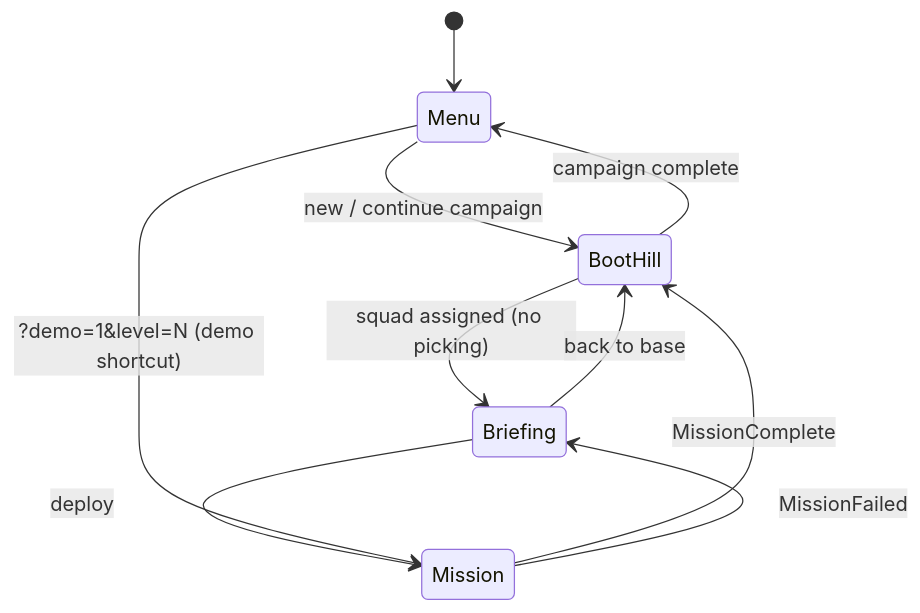
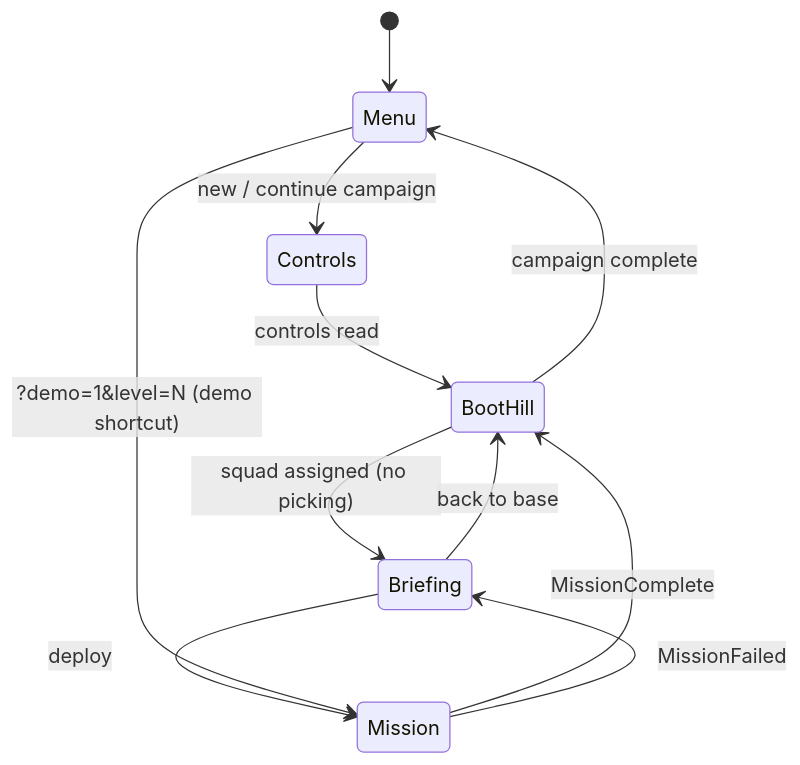
Before and after one commit to reynoldskevin/cannon-fodder-clone: the fourth of 5 diagrams in ARCHITECTURE_DIAGRAM.md, drawn with Mermaid. The commit also changed other lines of this file and 7 other files, not shown here.

First line of the commit message:
feat(074): a controls card between the title and the hill

````diff
--- a/ARCHITECTURE_DIAGRAM.md
+++ b/ARCHITECTURE_DIAGRAM.md
@@ -166,12 +166,13 @@
 ```mermaid
 stateDiagram-v2
   [*] --> Menu
-  Menu --> BootHill: new / continue campaign
+  Menu --> Controls: new / continue campaign
+  Controls --> BootHill: controls read
   BootHill --> Briefing: squad assigned (no picking)
   Briefing --> Mission: deploy
   Mission --> BootHill: MissionComplete
   Mission --> Briefing: MissionFailed
   BootHill --> Menu: campaign complete
   Menu --> Mission: ?demo=1&level=N (demo shortcut)
   Briefing --> BootHill: back to base
 ```
````
